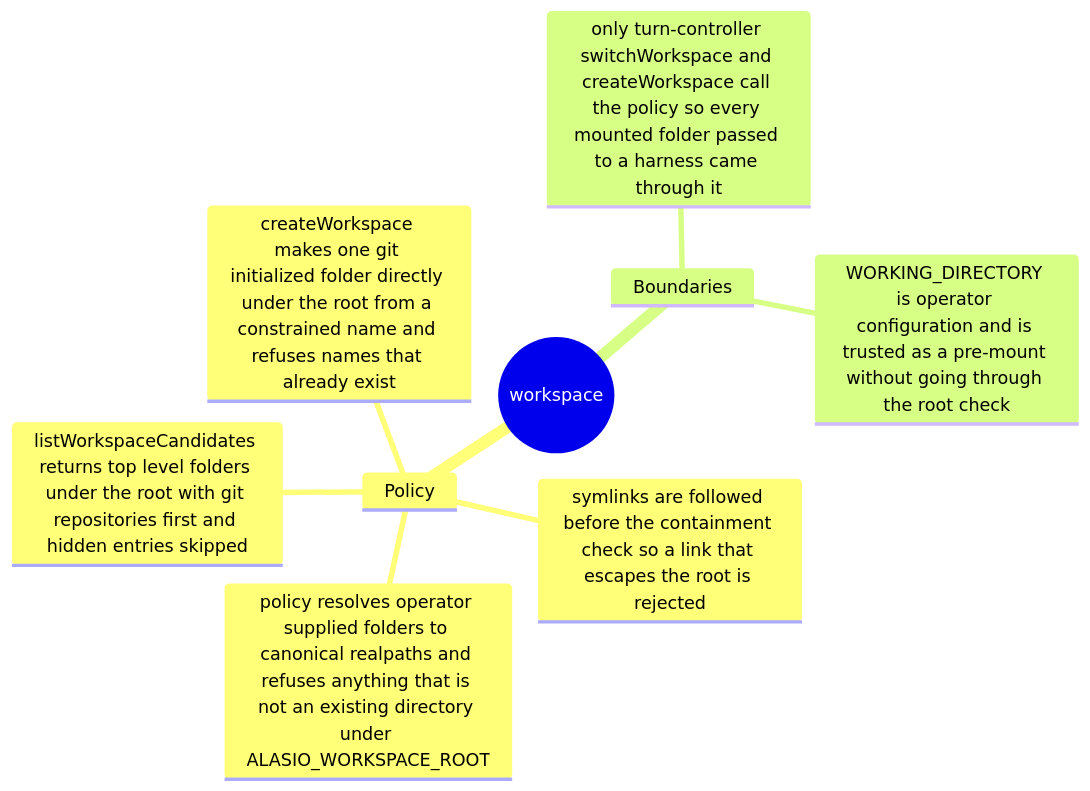
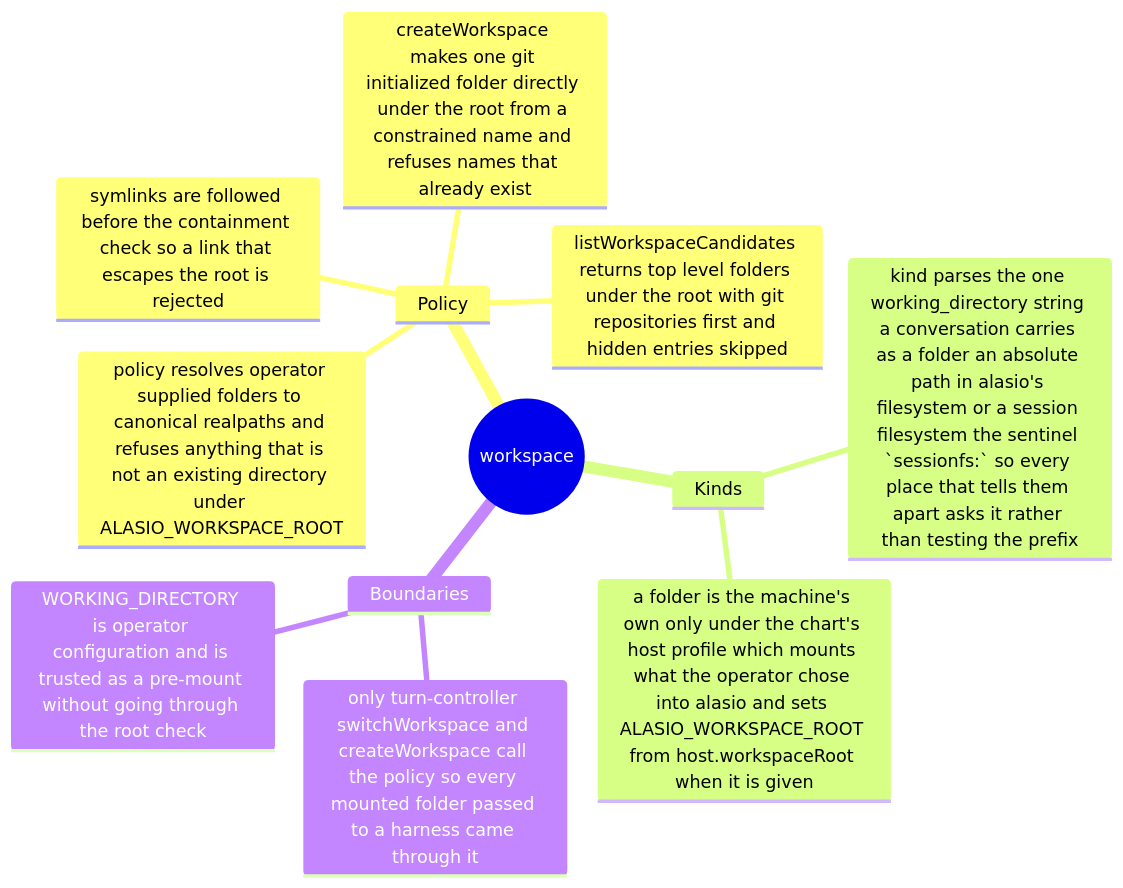
The first of 3 diagrams in src/workspace/README.md (eaucoin/alasio), drawn with Mermaid before and after one commit. The commit also changed 37 other files, not shown here.

````diff
--- a/src/workspace/README.md
+++ b/src/workspace/README.md
@@ -2,12 +2,15 @@
 ```mermaid
 mindmap
   root((workspace))
     Policy
       policy resolves operator supplied folders to canonical realpaths and refuses anything that is not an existing directory under ALASIO_WORKSPACE_ROOT
       symlinks are followed before the containment check so a link that escapes the root is rejected
       listWorkspaceCandidates returns top level folders under the root with git repositories first and hidden entries skipped
       createWorkspace makes one git initialized folder directly under the root from a constrained name and refuses names that already exist
+    Kinds
+      kind parses the one working_directory string a conversation carries as a folder an absolute path in alasio's filesystem or a session filesystem the sentinel `sessionfs:<volumeId>` so every place that tells them apart asks it rather than testing the prefix
+      a folder is the machine's own only under the chart's host profile which mounts what the operator chose into alasio and sets ALASIO_WORKSPACE_ROOT from host.workspaceRoot when it is given
     Boundaries
       only turn-controller switchWorkspace and createWorkspace call the policy so every mounted folder passed to a harness came through it
       WORKING_DIRECTORY is operator configuration and is trusted as a pre-mount without going through the root check
 ```
````
